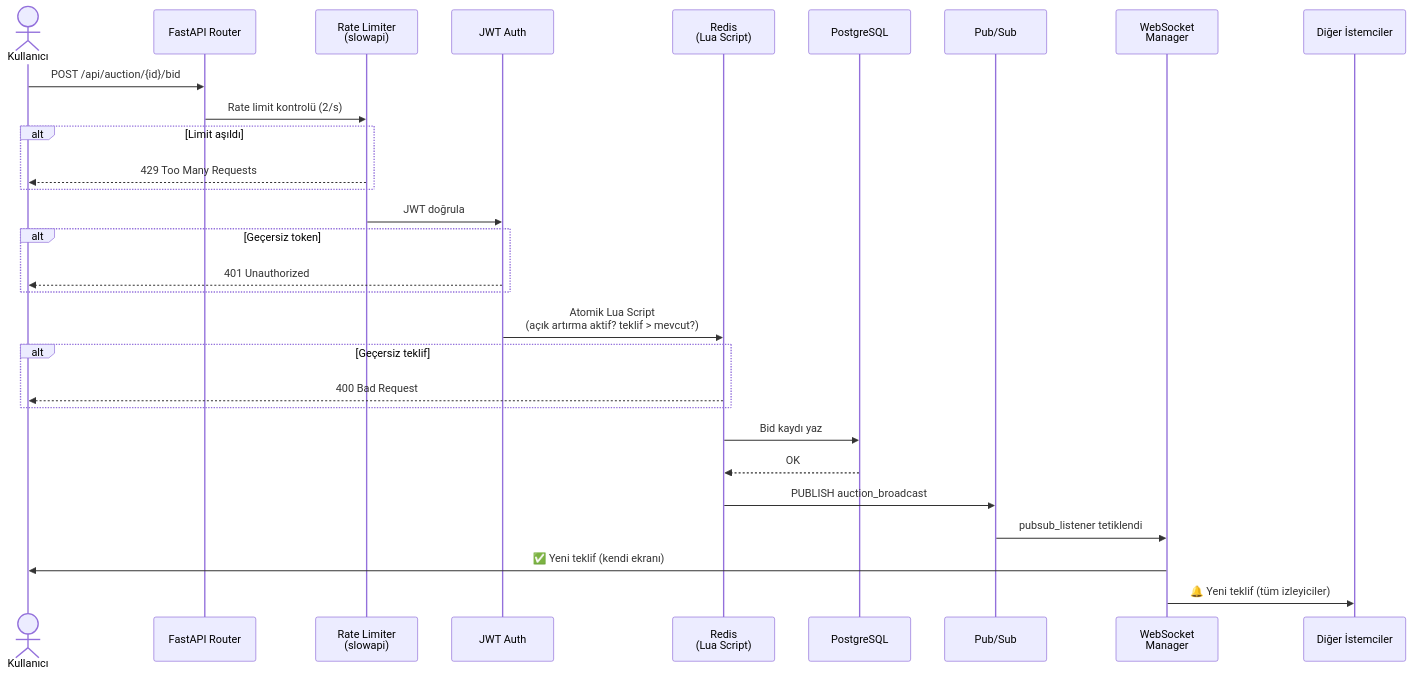
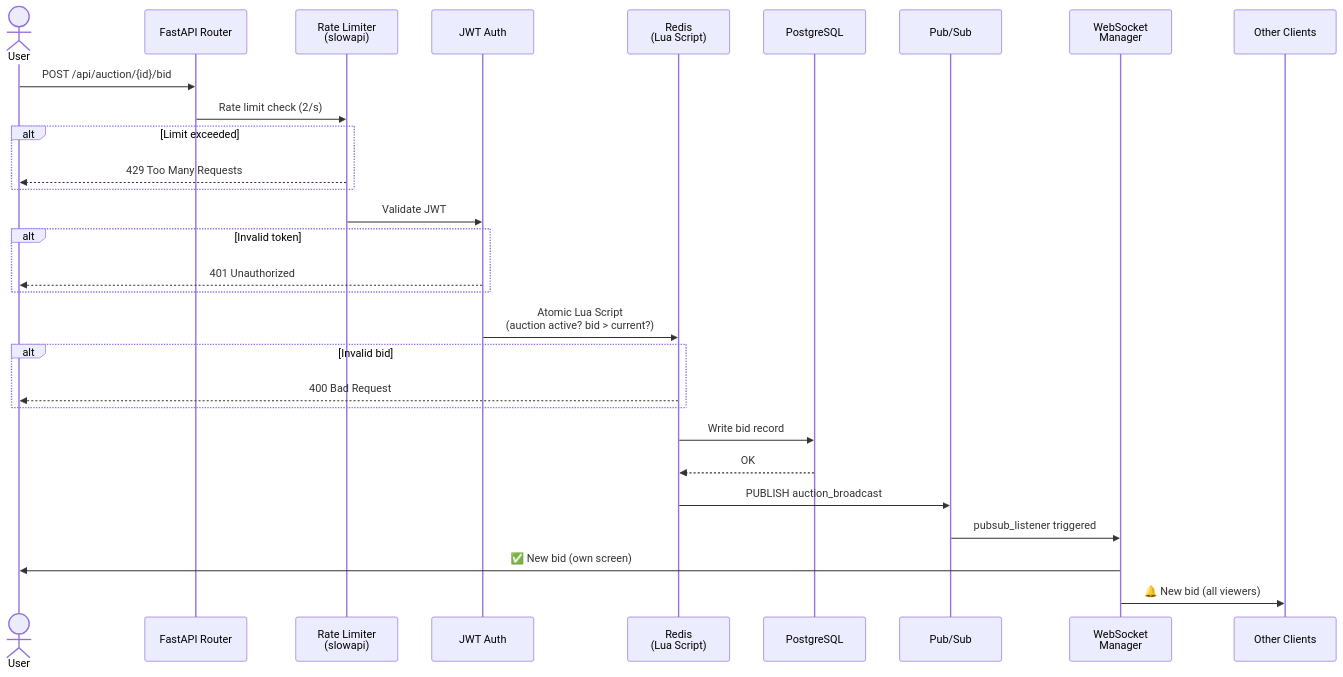
The second of 10 diagrams in README.md (tucibeyin/teqlif), drawn with Mermaid before and after one commit. The commit also changed other lines of this file, not shown here.

````diff
--- a/README.md
+++ b/README.md
@@ -110,32 +110,32 @@
 ```mermaid
 sequenceDiagram
-    actor Kullanıcı
+    actor User
     participant API as FastAPI Router
     participant RL as Rate Limiter<br/>(slowapi)
     participant AUTH as JWT Auth
     participant REDIS as Redis<br/>(Lua Script)
     participant PG as PostgreSQL
     participant PS as Pub/Sub
     participant WS as WebSocket<br/>Manager
-    participant Others as Diğer İstemciler
+    participant Others as Other Clients
 
-    Kullanıcı->>API: POST /api/auction/{id}/bid
-    API->>RL: Rate limit kontrolü (2/s)
-    alt Limit aşıldı
-        RL-->>Kullanıcı: 429 Too Many Requests
+    User->>API: POST /api/auction/{id}/bid
+    API->>RL: Rate limit check (2/s)
+    alt Limit exceeded
+        RL-->>User: 429 Too Many Requests
     end
-    RL->>AUTH: JWT doğrula
-    alt Geçersiz token
-        AUTH-->>Kullanıcı: 401 Unauthorized
+    RL->>AUTH: Validate JWT
+    alt Invalid token
+        AUTH-->>User: 401 Unauthorized
     end
-    AUTH->>REDIS: Atomik Lua Script<br/>(açık artırma aktif? teklif > mevcut?)
-    alt Geçersiz teklif
-        REDIS-->>Kullanıcı: 400 Bad Request
+    AUTH->>REDIS: Atomic Lua Script<br/>(auction active? bid > current?)
+    alt Invalid bid
+        REDIS-->>User: 400 Bad Request
     end
-    REDIS->>PG: Bid kaydı yaz
+    REDIS->>PG: Write bid record
     PG-->>REDIS: OK
     REDIS->>PS: PUBLISH auction_broadcast
-    PS->>WS: pubsub_listener tetiklendi
-    WS->>Kullanıcı: ✅ Yeni teklif (kendi ekranı)
-    WS->>Others: 🔔 Yeni teklif (tüm izleyiciler)
+    PS->>WS: pubsub_listener triggered
+    WS->>User: ✅ New bid (own screen)
+    WS->>Others: 🔔 New bid (all viewers)
 ```
````
